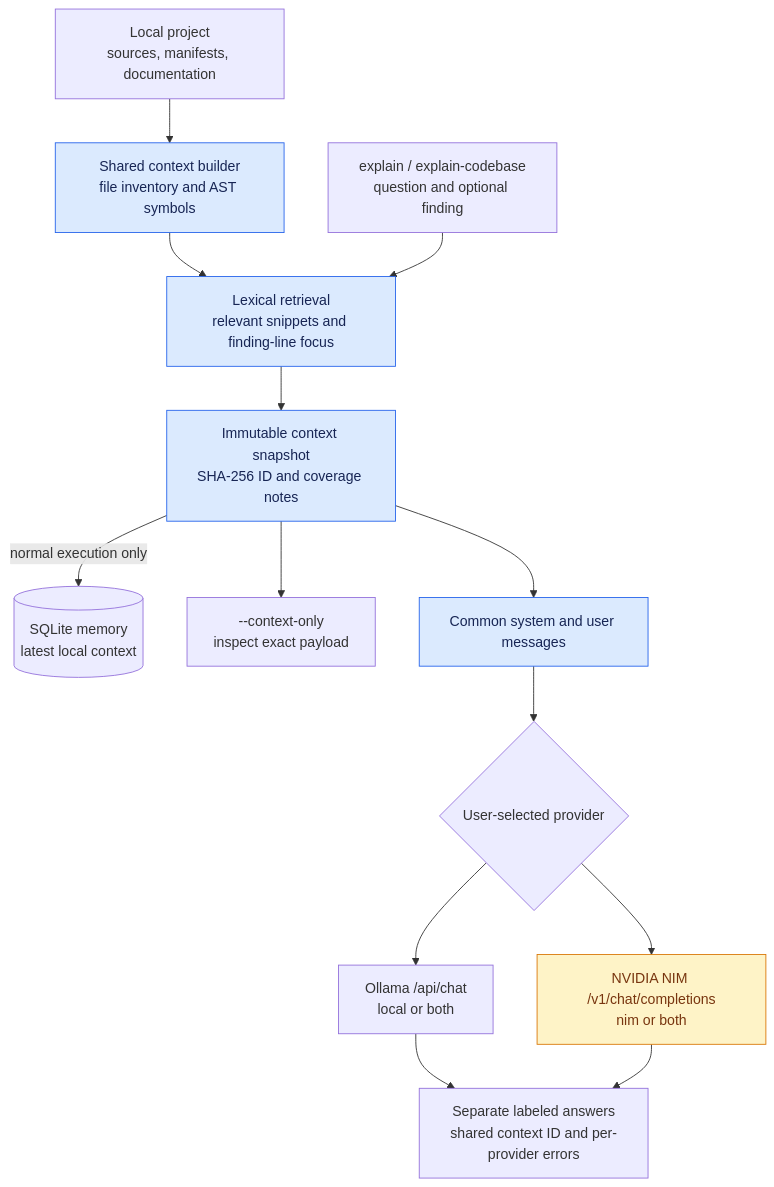
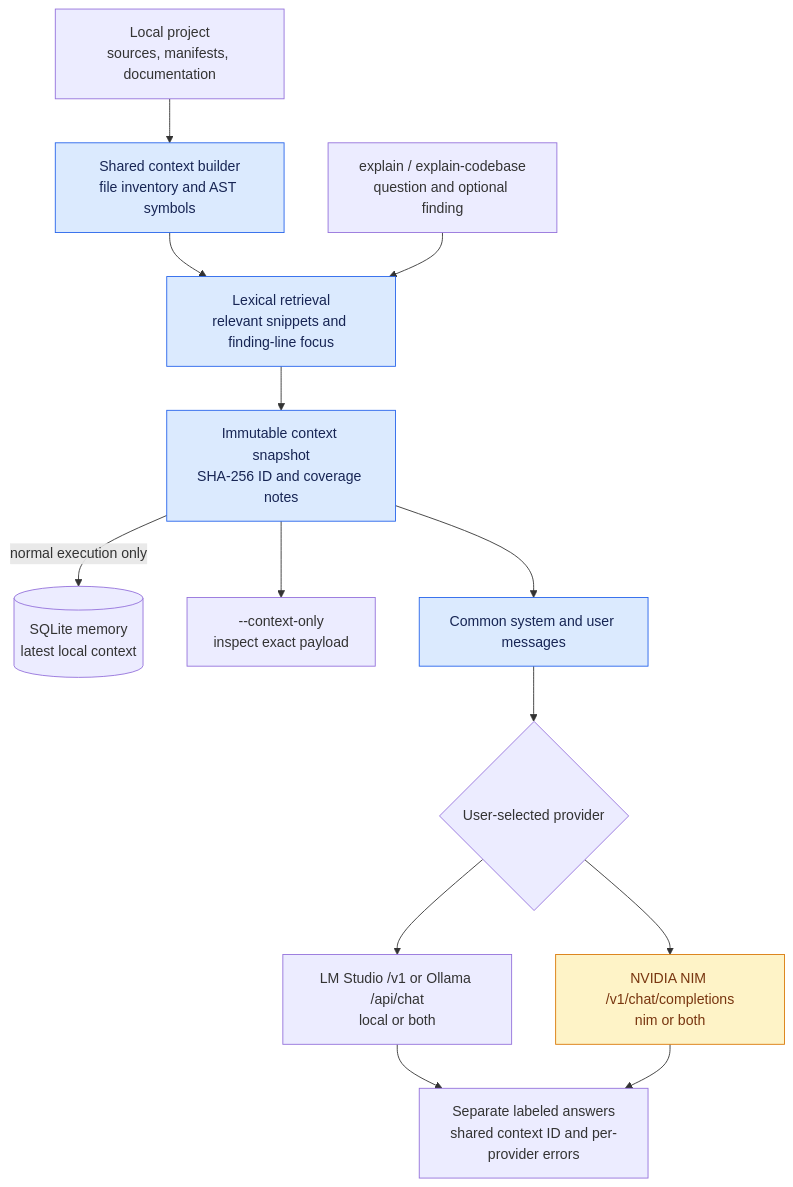
Before and after one commit to Kushalongit-hub/Sentinel: the first of 9 diagrams in README.md, drawn with Mermaid. The commit also changed other lines of this file and 43 other files, not shown here.

````diff
--- a/README.md
+++ b/README.md
@@ -213,30 +213,30 @@
 ```mermaid
 flowchart TB
     Command["explain / explain-codebase<br/>question and optional finding"]
     Project["Local project<br/>sources, manifests, documentation"]
     Index["Shared context builder<br/>file inventory and AST symbols"]
     Retrieve["Lexical retrieval<br/>relevant snippets and finding-line focus"]
     Snapshot["Immutable context snapshot<br/>SHA-256 ID and coverage notes"]
     Memory[("SQLite memory<br/>latest local context")]
     Preview["--context-only<br/>inspect exact payload"]
     Request["Common system and user messages"]
     Route{"User-selected provider"}
-    Local["Ollama /api/chat<br/>local or both"]
+    Local["LM Studio /v1 or Ollama /api/chat<br/>local or both"]
     Cloud["NVIDIA NIM /v1/chat/completions<br/>nim or both"]
     Results["Separate labeled answers<br/>shared context ID and per-provider errors"]
 
     Project --> Index --> Retrieve --> Snapshot
     Command --> Retrieve
     Snapshot --> Preview
     Snapshot -->|"normal execution only"| Memory
     Snapshot --> Request --> Route
     Route --> Local
     Route --> Cloud
     Local --> Results
     Cloud --> Results
 
     classDef shared fill:#dbeafe,stroke:#2563eb,color:#172554;
     classDef cloud fill:#fef3c7,stroke:#d97706,color:#78350f;
     class Index,Retrieve,Snapshot,Request shared;
     class Cloud cloud;
 ```
````
